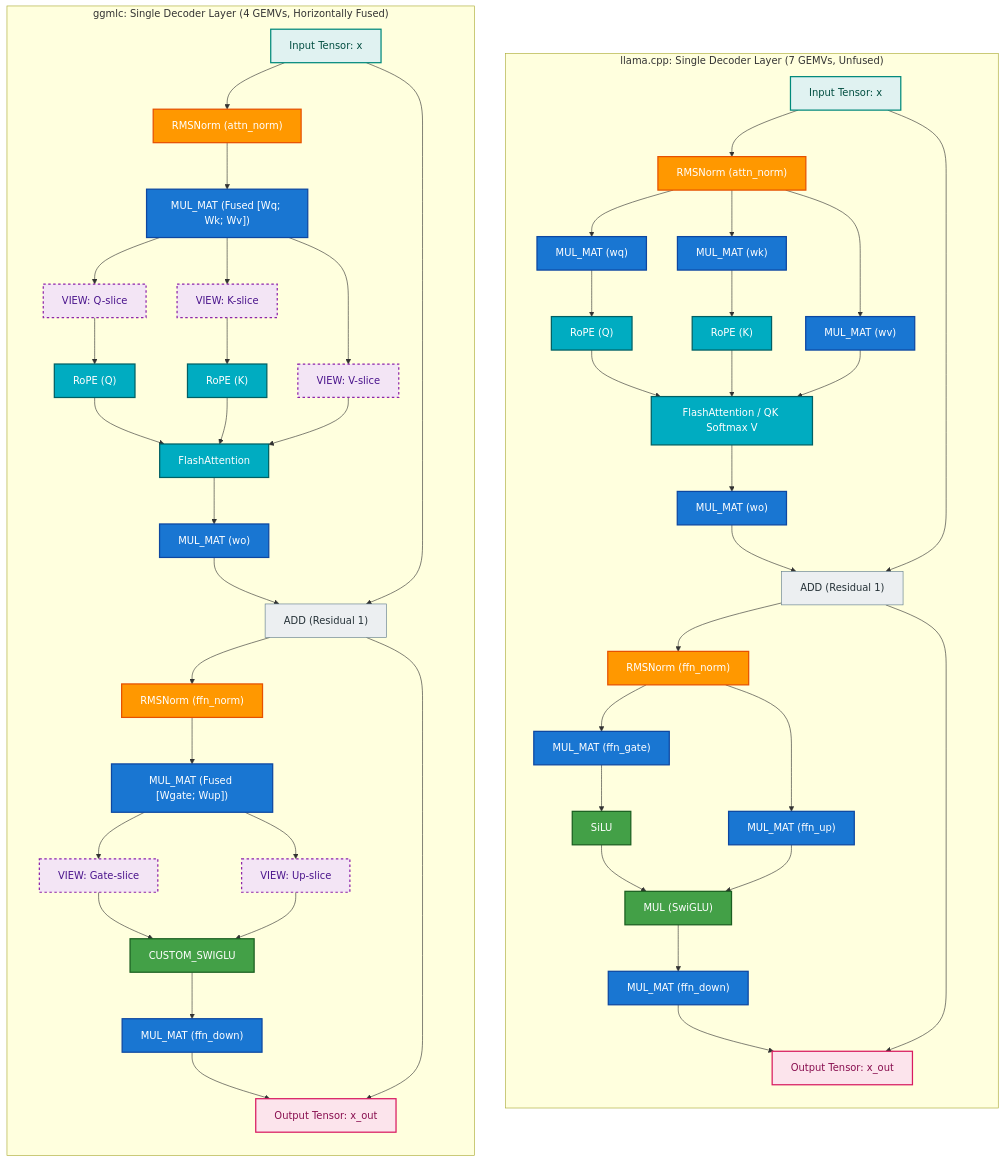
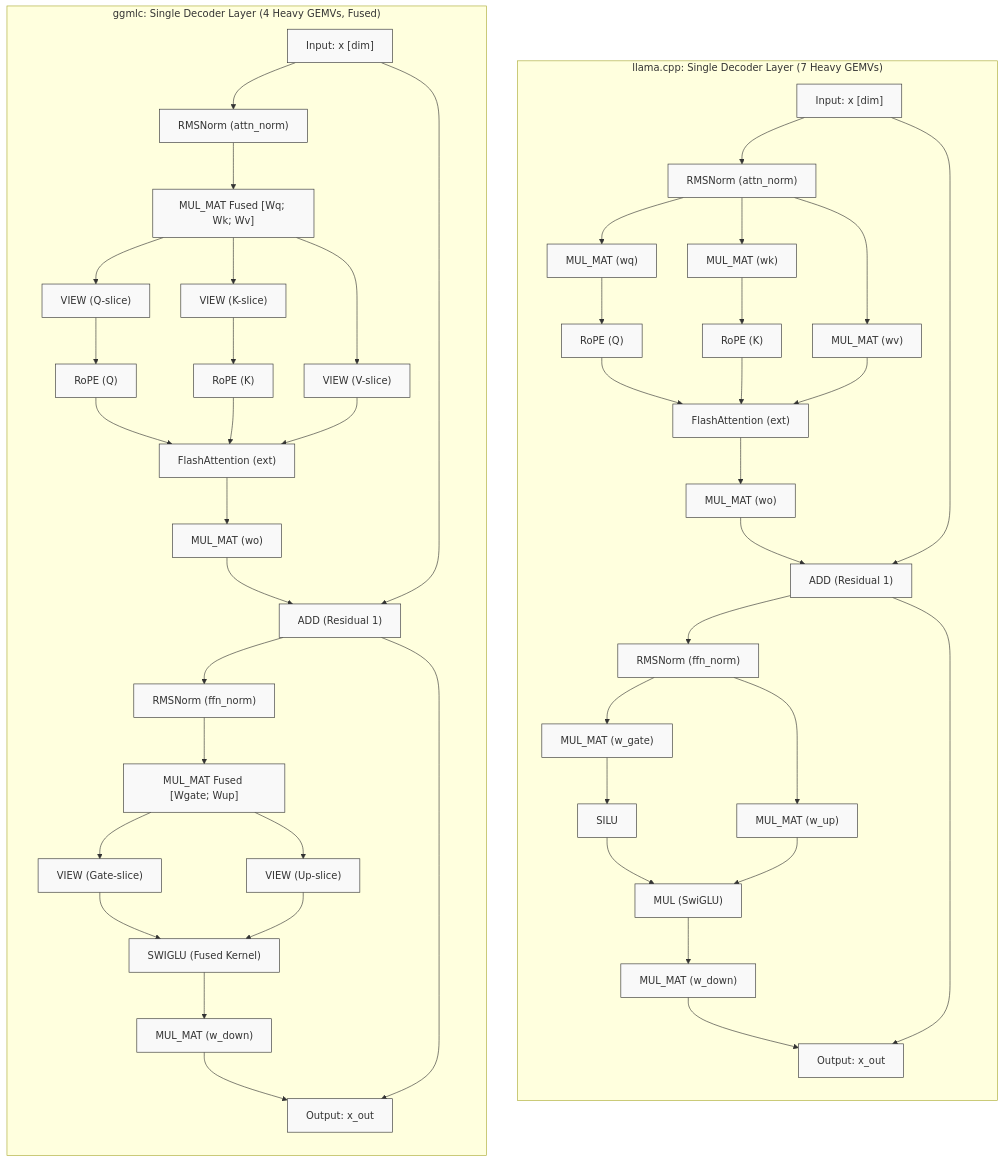
Before and after one commit to monatis/ggmlc: the second of 3 diagrams in docs/benchmarks/ggmlc_vs_llama_cpp.md, drawn with Mermaid. The commit also changed other lines of this file, not shown here.

Commit message:
docs(benchmarks): rewrite ggmlc vs llama.cpp comparative analysis

````diff
--- a/docs/benchmarks/ggmlc_vs_llama_cpp.md
+++ b/docs/benchmarks/ggmlc_vs_llama_cpp.md
@@ -20,52 +84,45 @@
 ```mermaid
 graph TB
-    subgraph LLAMACPP["llama.cpp: Single Decoder Layer (7 GEMVs, Unfused)"]
+    subgraph LLAMACPP ["llama.cpp: Single Decoder Layer (7 Heavy GEMVs)"]
         direction TB
-        L_IN["Input Tensor: x"]:::inputNode --> L_NORM["RMSNorm (attn_norm)"]:::norm
-        L_NORM --> L_WQ["MUL_MAT (wq)"]:::compute
-        L_NORM --> L_WK["MUL_MAT (wk)"]:::compute
-        L_NORM --> L_WV["MUL_MAT (wv)"]:::compute
-        L_WQ --> L_ROPE_Q["RoPE (Q)"]:::attn
-        L_WK --> L_ROPE_K["RoPE (K)"]:::attn
-        L_ROPE_Q & L_ROPE_K & L_WV --> L_ATTN["FlashAttention / QK Softmax V"]:::attn
-        L_ATTN --> L_WO["MUL_MAT (wo)"]:::compute
-        L_WO & L_IN --> L_ADD1["ADD (Residual 1)"]:::elementwise
-        L_ADD1 --> L_FFN_NORM["RMSNorm (ffn_norm)"]:::norm
-        L_FFN_NORM --> L_GATE["MUL_MAT (ffn_gate)"]:::compute
-        L_FFN_NORM --> L_UP["MUL_MAT (ffn_up)"]:::compute
-        L_GATE --> L_SILU["SiLU"]:::activation
-        L_SILU & L_UP --> L_MUL["MUL (SwiGLU)"]:::activation
-        L_MUL --> L_DOWN["MUL_MAT (ffn_down)"]:::compute
-        L_DOWN & L_ADD1 --> L_OUT["Output Tensor: x_out"]:::outputNode
+        L_IN["Input: x [dim]"] --> L_NORM1["RMSNorm (attn_norm)"]
+        L_NORM1 --> L_WQ["MUL_MAT (wq)"]
+        L_NORM1 --> L_WK["MUL_MAT (wk)"]
+        L_NORM1 --> L_WV["MUL_MAT (wv)"]
+        L_WQ --> L_ROPE_Q["RoPE (Q)"]
+        L_WK --> L_ROPE_K["RoPE (K)"]
+        L_ROPE_Q & L_ROPE_K & L_WV --> L_ATTN["FlashAttention (ext)"]
+        L_ATTN --> L_WO["MUL_MAT (wo)"]
+        L_WO & L_IN --> L_ADD1["ADD (Residual 1)"]
+        L_ADD1 --> L_NORM2["RMSNorm (ffn_norm)"]
+        L_NORM2 --> L_WGATE["MUL_MAT (w_gate)"]
+        L_NORM2 --> L_WUP["MUL_MAT (w_up)"]
+        L_WGATE --> L_SILU["SILU"]
+        L_SILU & L_WUP --> L_MUL["MUL (SwiGLU)"]
+        L_MUL --> L_WDOWN["MUL_MAT (w_down)"]
+        L_WDOWN & L_ADD1 --> L_OUT["Output: x_out"]
     end
 
-    subgraph GGMLC["ggmlc: Single Decoder Layer (4 GEMVs, Horizontally Fused)"]
+    subgraph GGMLC ["ggmlc: Single Decoder Layer (4 Heavy GEMVs, Fused)"]
         direction TB
-        G_IN["Input Tensor: x"]:::inputNode --> G_NORM["RMSNorm (attn_norm)"]:::norm
-        G_NORM --> G_QKV["MUL_MAT (Fused [Wq; Wk; Wv])"]:::compute
-        G_QKV --> G_V_Q["VIEW: Q-slice"]:::view_meta
-        G_QKV --> G_V_K["VIEW: K-slice"]:::view_meta
-        G_QKV --> G_V_V["VIEW: V-slice"]:::view_meta
-        G_V_Q --> G_ROPE_Q["RoPE (Q)"]:::attn
-        G_V_K --> G_ROPE_K["RoPE (K)"]:::attn
-        G_ROPE_Q & G_ROPE_K & G_V_V --> G_ATTN["FlashAttention"]:::attn
-        G_ATTN --> G_WO["MUL_MAT (wo)"]:::compute
-        G_WO & G_IN --> G_ADD1["ADD (Residual 1)"]:::elementwise
-        G_ADD1 --> G_FFN_NORM["RMSNorm (ffn_norm)"]:::norm
-        G_FFN_NORM --> G_GATEUP["MUL_MAT (Fused [Wgate; Wup])"]:::compute
-        G_GATEUP --> G_V_GATE["VIEW: Gate-slice"]:::view_meta
-        G_GATEUP --> G_V_UP["VIEW: Up-slice"]:::view_meta
-        G_V_GATE & G_V_UP --> G_SWIGLU["CUSTOM_SWIGLU"]:::activation
-        G_SWIGLU --> G_DOWN["MUL_MAT (ffn_down)"]:::compute
-        G_DOWN & G_ADD1 --> G_OUT["Output Tensor: x_out"]:::outputNode
+        G_IN["Input: x [dim]"] --> G_NORM1["RMSNorm (attn_norm)"]
+        G_NORM1 --> G_QKV["MUL_MAT Fused [Wq; Wk; Wv]"]
+        G_QKV --> G_VQ["VIEW (Q-slice)"]
+        G_QKV --> G_VK["VIEW (K-slice)"]
+        G_QKV --> G_VV["VIEW (V-slice)"]
+        G_VQ --> G_ROPE_Q["RoPE (Q)"]
+        G_VK --> G_ROPE_K["RoPE (K)"]
+        G_ROPE_Q & G_ROPE_K & G_VV --> G_ATTN["FlashAttention (ext)"]
+        G_ATTN --> G_WO["MUL_MAT (wo)"]
+        G_WO & G_IN --> G_ADD1["ADD (Residual 1)"]
+        G_ADD1 --> G_NORM2["RMSNorm (ffn_norm)"]
+        G_NORM2 --> G_GATEUP["MUL_MAT Fused [Wgate; Wup]"]
+        G_GATEUP --> G_VGATE["VIEW (Gate-slice)"]
+        G_GATEUP --> G_VUP["VIEW (Up-slice)"]
+        G_VGATE & G_VUP --> G_SWIGLU["SWIGLU (Fused Kernel)"]
+        G_SWIGLU --> G_WDOWN["MUL_MAT (w_down)"]
+        G_WDOWN & G_ADD1 --> G_OUT["Output: x_out"]
     end
 
-    classDef compute fill:#1976d2,stroke:#0d47a1,stroke-width:2px,color:#ffffff;
-    classDef view_meta fill:#f3e5f5,stroke:#8e24aa,stroke-width:2px,stroke-dasharray: 4 4,color:#4a148c;
-    classDef norm fill:#ff9800,stroke:#e65100,stroke-width:2px,color:#ffffff;
-    classDef attn fill:#00acc1,stroke:#006064,stroke-width:2px,color:#ffffff;
-    classDef activation fill:#43a047,stroke:#1b5e20,stroke-width:2px,color:#ffffff;
-    classDef elementwise fill:#eceff1,stroke:#607d8b,stroke-width:1px,color:#263238;
-    classDef inputNode fill:#e0f2f1,stroke:#00897b,stroke-width:2px,color:#004d40;
-    classDef outputNode fill:#fce4ec,stroke:#d81b60,stroke-width:2px,color:#880e4f;
+    classDef default fill:#f9f9f9,stroke:#333,stroke-width:1px;
 ```
````
